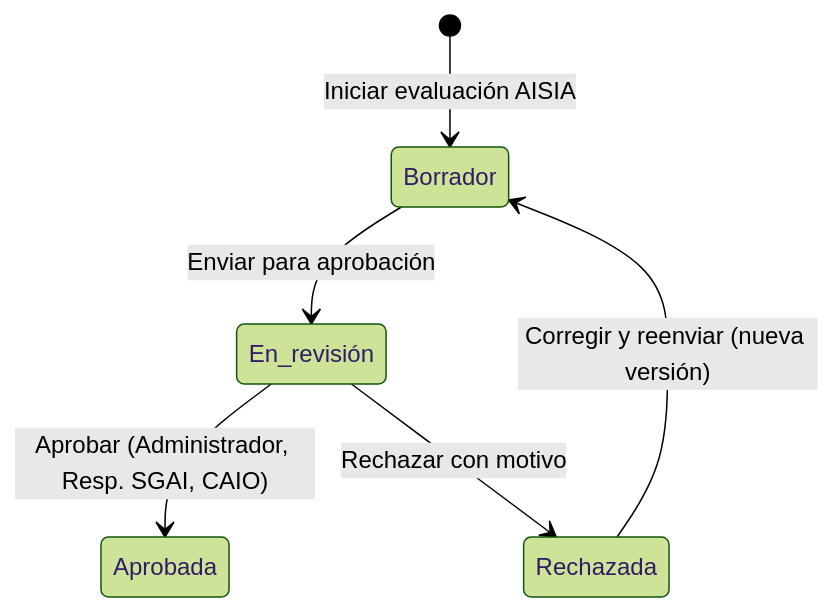
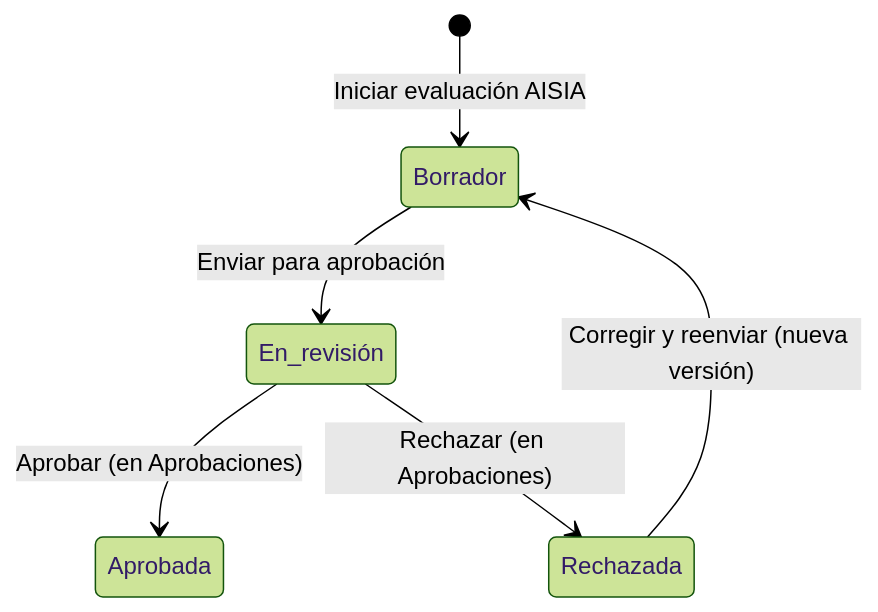
Before and after one commit to albarracingarciap/fluxion-saas: the seventh of 9 diagrams in docs/funcional/flujo-completo-evaluacion.md, drawn with Mermaid (forest theme). The commit also changed other lines of this file and 37 other files, not shown here.

````diff
--- a/docs/funcional/flujo-completo-evaluacion.md
+++ b/docs/funcional/flujo-completo-evaluacion.md
@@ -639,8 +642,8 @@
 ```mermaid
 stateDiagram-v2
   [*] --> Borrador: Iniciar evaluación AISIA
   Borrador --> En_revisión: Enviar para aprobación
-  En_revisión --> Aprobada: Aprobar (Administrador, Resp. SGAI, CAIO)
-  En_revisión --> Rechazada: Rechazar con motivo
+  En_revisión --> Aprobada: Aprobar (en Aprobaciones)
+  En_revisión --> Rechazada: Rechazar (en Aprobaciones)
   Rechazada --> Borrador: Corregir y reenviar (nueva versión)
 ```
````
